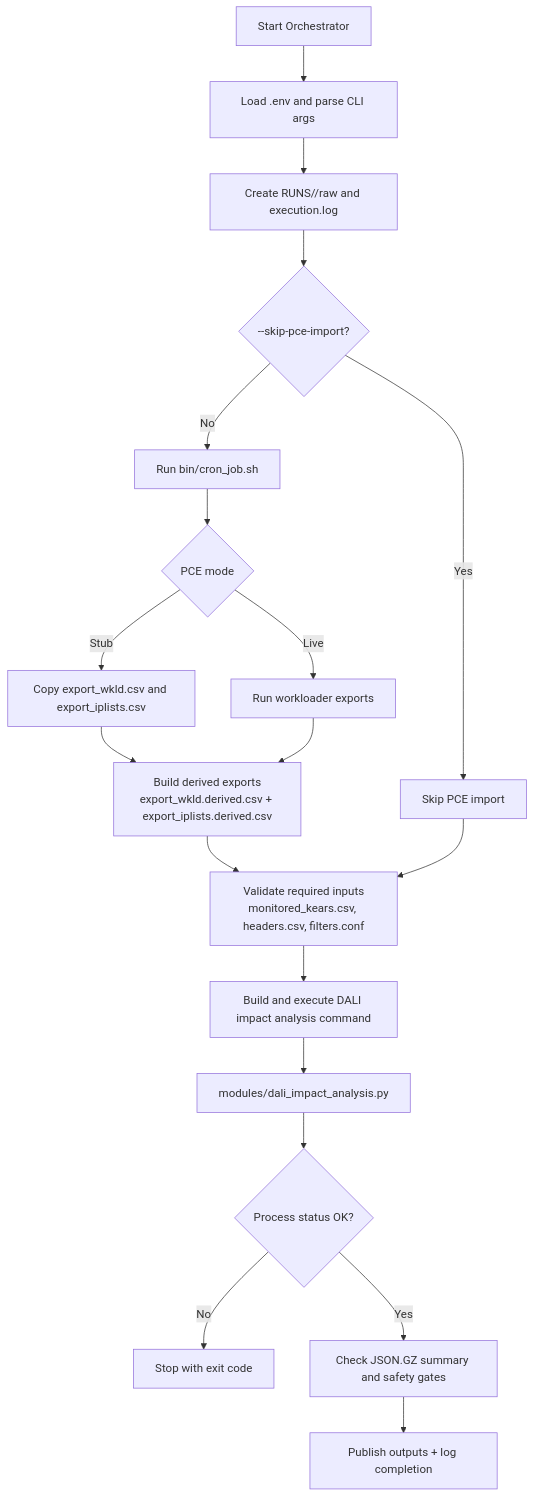
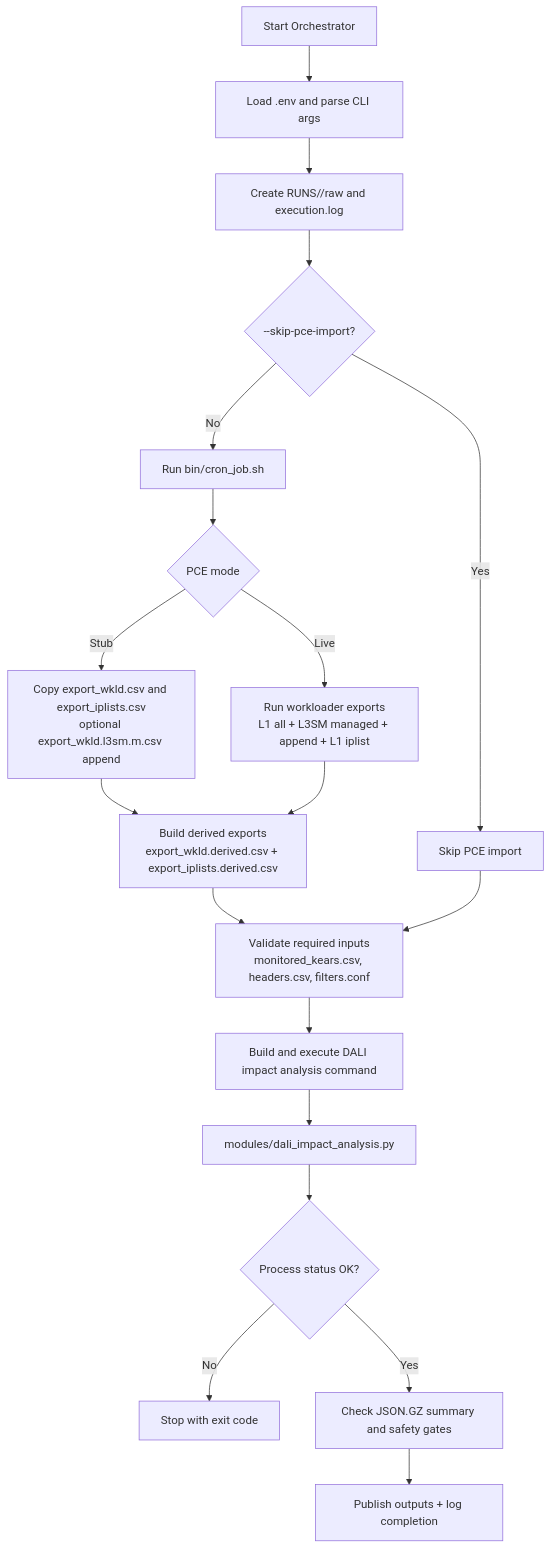
The first of 4 diagrams in docs/KPI_PROCESS_FLOWCHART.md (AhmedKali1980/kpi-steerco), drawn with Mermaid before and after one commit. The commit also changed other lines of this file and 5 other files, not shown here.

Commit message:
Add L3SM managed workload export and merge into main workload CSV

````diff
--- a/docs/KPI_PROCESS_FLOWCHART.md
+++ b/docs/KPI_PROCESS_FLOWCHART.md
@@ -9,21 +9,21 @@
 ```mermaid
 flowchart TD
     A[Start Orchestrator] --> B[Load .env and parse CLI args]
     B --> C[Create RUNS/<timestamp>/raw and execution.log]
     C --> D{--skip-pce-import?}
     D -- No --> E[Run bin/cron_job.sh]
     D -- Yes --> F[Skip PCE import]
     E --> G{PCE mode}
-    G -- Stub --> H[Copy export_wkld.csv and export_iplists.csv]
-    G -- Live --> I[Run workloader exports]
+    G -- Stub --> H[Copy export_wkld.csv and export_iplists.csv<br/>optional export_wkld.l3sm.m.csv append]
+    G -- Live --> I[Run workloader exports<br/>L1 all + L3SM managed + append + L1 iplist]
     H --> J[Build derived exports<br/>export_wkld.derived.csv + export_iplists.derived.csv]
     I --> J
     J --> K[Validate required inputs<br/>monitored_kears.csv, headers.csv, filters.conf]
     F --> K
     K --> L[Build and execute DALI impact analysis command]
     L --> M[modules/dali_impact_analysis.py]
     M --> N{Process status OK?}
     N -- No --> O[Stop with exit code]
     N -- Yes --> P[Check JSON.GZ summary and safety gates]
     P --> Q[Publish outputs + log completion]
 ```
````
